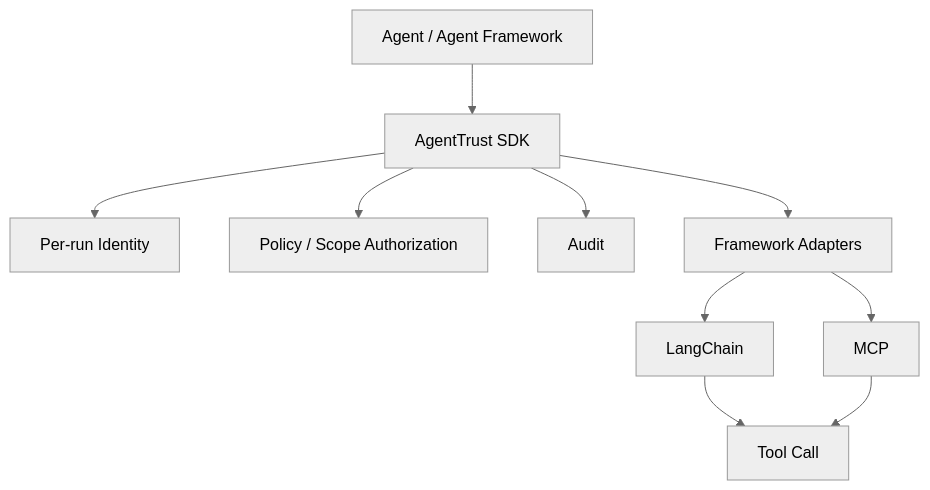
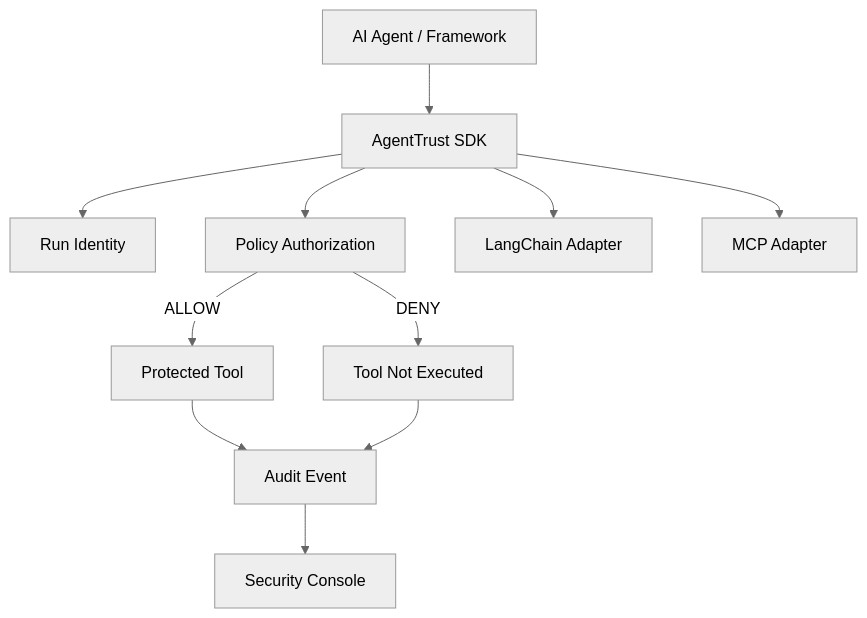
The diagram in README.md (ravionxgroup/agenttrust), drawn with Mermaid (neutral theme) before and after one commit. The commit also changed other lines of this file and 1 other file, not shown here.

Commit message:
console documentation

````diff
--- a/README.md
+++ b/README.md
@@ -138,12 +68,13 @@
 ```mermaid
 flowchart TD
-    Agent["Agent / Agent Framework"] --> SDK["AgentTrust SDK"]
-    SDK --> Identity["Per-run Identity"]
-    SDK --> Policy["Policy / Scope Authorization"]
-    SDK --> Audit["Audit"]
-    SDK --> Adapters["Framework Adapters"]
-    Adapters --> LangChain["LangChain"]
-    Adapters --> MCP["MCP"]
-    LangChain --> Tool["Tool Call"]
-    MCP --> Tool
+    Agent["AI Agent / Framework"] --> SDK["AgentTrust SDK"]
+    SDK --> Identity["Run Identity"]
+    SDK --> Policy["Policy Authorization"]
+    Policy -->|ALLOW| Tool["Protected Tool"]
+    Policy -->|DENY| Denial["Tool Not Executed"]
+    Tool --> Audit["Audit Event"]
+    Denial --> Audit
+    Audit --> Console["Security Console"]
+    SDK --> LangChain["LangChain Adapter"]
+    SDK --> MCP["MCP Adapter"]
 ```
````
